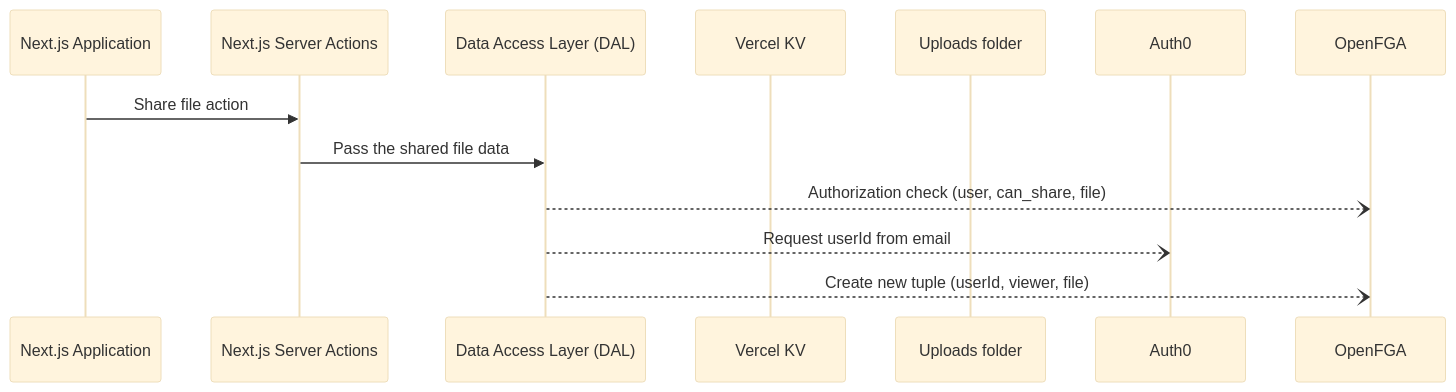
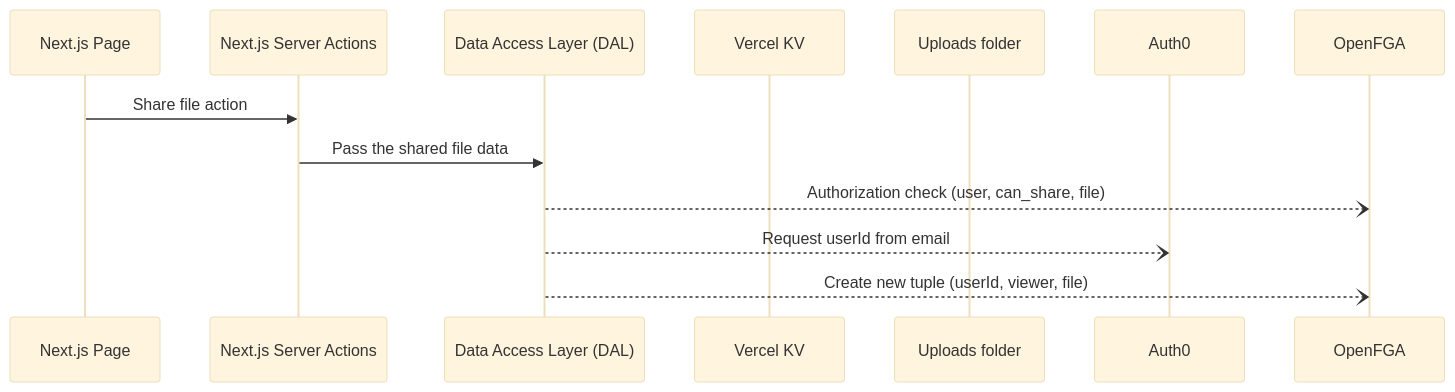
Before and after one commit to oktadev/fga-drive-example: the fourth of 8 diagrams in README.md, drawn with Mermaid (base theme). The commit also changed other lines of this file, not shown here.

Commit message:
Fix architecture schemas in the readme

````diff
--- a/README.md
+++ b/README.md
@@ -262,15 +262,15 @@
 ```mermaid
 sequenceDiagram;
-  participant Next.js Application
+  participant Next.js Page
   participant Next.js Server Actions
   participant Data Access Layer (DAL)
   participant Vercel KV
   participant Uploads folder
   participant Auth0
   participant OpenFGA
-  Next.js Application->>Next.js Server Actions: Share file action
+  Next.js Page->>Next.js Server Actions: Share file action
   Next.js Server Actions->>Data Access Layer (DAL): Pass the shared file data
   Data Access Layer (DAL)--)OpenFGA: Authorization check (user, can_share, file)
   Data Access Layer (DAL)--)Auth0: Request userId from email
   Data Access Layer (DAL)--)OpenFGA: Create new tuple (userId, viewer, file)
 ```
````
